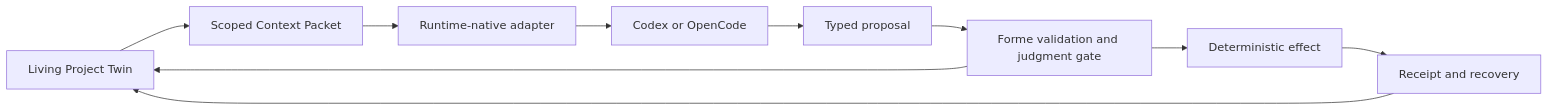
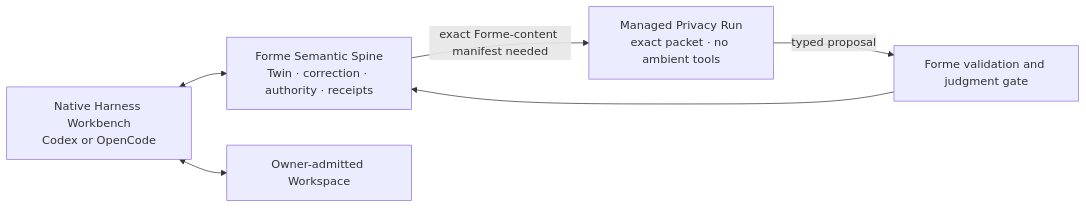
One commit to formehq/forme changed the diagram in docs/research/agent-runtime-strategy-2026-07-15.md. Above: the diagram before and after it, drawn with Mermaid. The commit also changed other lines of this file and 21 other files, not shown here.

````diff
--- a/docs/research/agent-runtime-strategy-2026-07-15.md
+++ b/docs/research/agent-runtime-strategy-2026-07-15.md
@@ -50,12 +64,8 @@
 ```mermaid
 flowchart LR
-    Twin["Living Project Twin"] --> Context["Scoped Context Packet"]
-    Context --> Adapter["Runtime-native adapter"]
-    Adapter --> Runtime["Codex or OpenCode"]
-    Runtime --> Proposal["Typed proposal"]
-    Proposal --> Gate["Forme validation and judgment gate"]
-    Gate --> Twin
-    Gate --> Effect["Deterministic effect"]
-    Effect --> Receipt["Receipt and recovery"]
-    Receipt --> Twin
+    Workbench["Native Harness Workbench<br/>Codex or OpenCode"] <--> Core["Forme Semantic Spine<br/>Twin · correction · authority · receipts"]
+    Workbench <--> Workspace["Owner-admitted Workspace"]
+    Core -->|"exact Forme-content manifest needed"| Managed["Managed Privacy Run<br/>exact packet · no ambient tools"]
+    Managed -->|"typed proposal"| Gate["Forme validation and judgment gate"]
+    Gate --> Core
 ```
````
